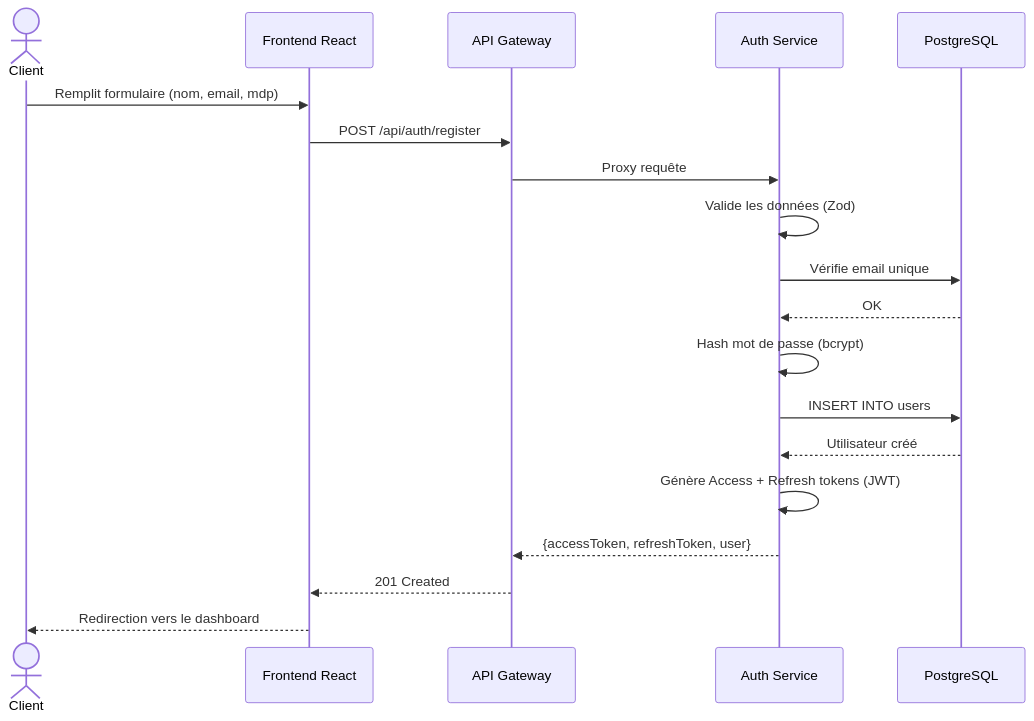
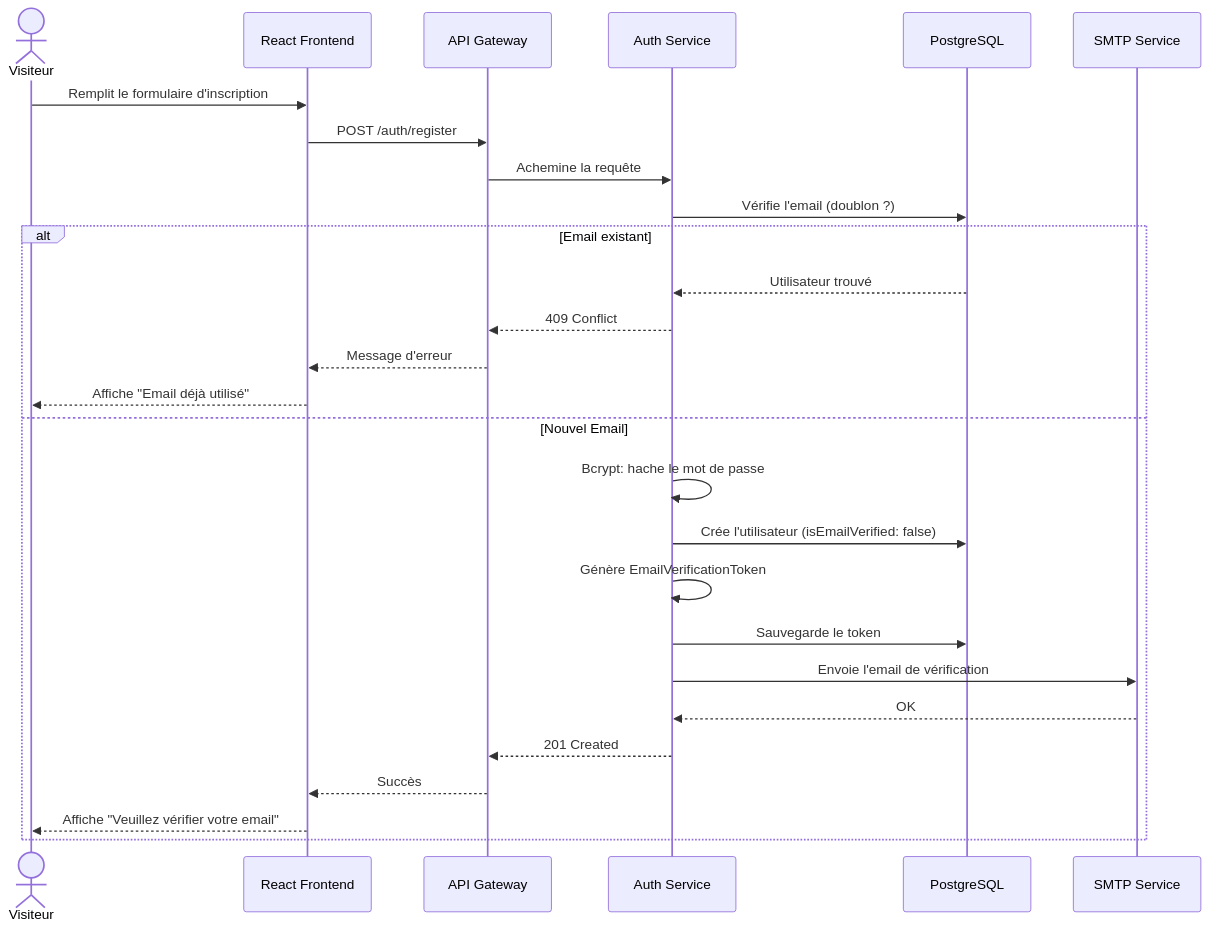
Before and after one commit to hamzabenmarwen/app_pfe: the diagram in mermaid_sources/seq_inscription.mmd, drawn with Mermaid. The commit also changed 185 other files, not shown here.

```diff
--- a/mermaid_sources/seq_inscription.mmd
+++ b/mermaid_sources/seq_inscription.mmd
@@ -1,20 +1,28 @@
 sequenceDiagram
-    actor Client
-    participant Frontend as Frontend React
+    actor Visiteur
+    participant UI as React Frontend
     participant Gateway as API Gateway
     participant Auth as Auth Service
     participant DB as PostgreSQL
+    participant Mail as SMTP Service
 
-    Client->>Frontend: Remplit formulaire (nom, email, mdp)
-    Frontend->>Gateway: POST /api/auth/register
-    Gateway->>Auth: Proxy requête
-    Auth->>Auth: Valide les données (Zod)
-    Auth->>DB: Vérifie email unique
-    DB-->>Auth: OK
-    Auth->>Auth: Hash mot de passe (bcrypt)
-    Auth->>DB: INSERT INTO users
-    DB-->>Auth: Utilisateur créé
-    Auth->>Auth: Génère Access + Refresh tokens (JWT)
-    Auth-->>Gateway: {accessToken, refreshToken, user}
-    Gateway-->>Frontend: 201 Created
-    Frontend-->>Client: Redirection vers le dashboard
+    Visiteur->>UI: Remplit le formulaire d'inscription
+    UI->>Gateway: POST /auth/register
+    Gateway->>Auth: Achemine la requête
+    Auth->>DB: Vérifie l'email (doublon ?)
+    alt Email existant
+        DB-->>Auth: Utilisateur trouvé
+        Auth-->>Gateway: 409 Conflict
+        Gateway-->>UI: Message d'erreur
+        UI-->>Visiteur: Affiche "Email déjà utilisé"
+    else Nouvel Email
+        Auth->>Auth: Bcrypt: hache le mot de passe
+        Auth->>DB: Crée l'utilisateur (isEmailVerified: false)
+        Auth->>Auth: Génère EmailVerificationToken
+        Auth->>DB: Sauvegarde le token
+        Auth->>Mail: Envoie l'email de vérification
+        Mail-->>Auth: OK
+        Auth-->>Gateway: 201 Created
+        Gateway-->>UI: Succès
+        UI-->>Visiteur: Affiche "Veuillez vérifier votre email"
+    end
```
